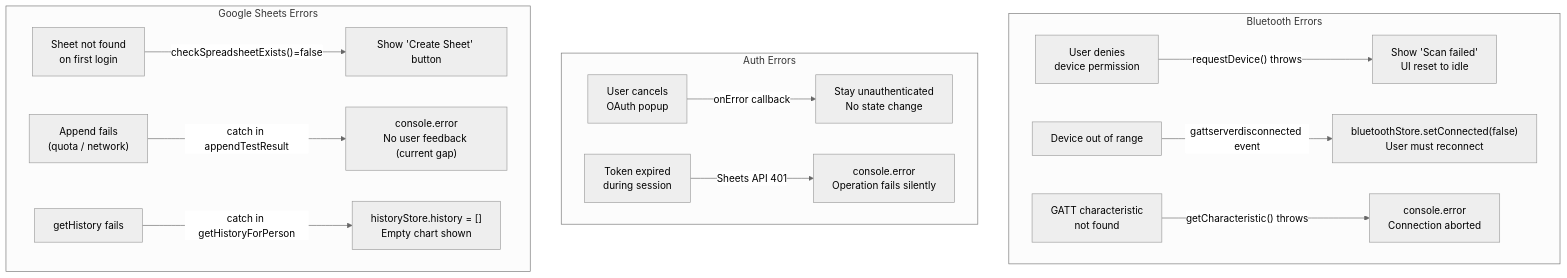
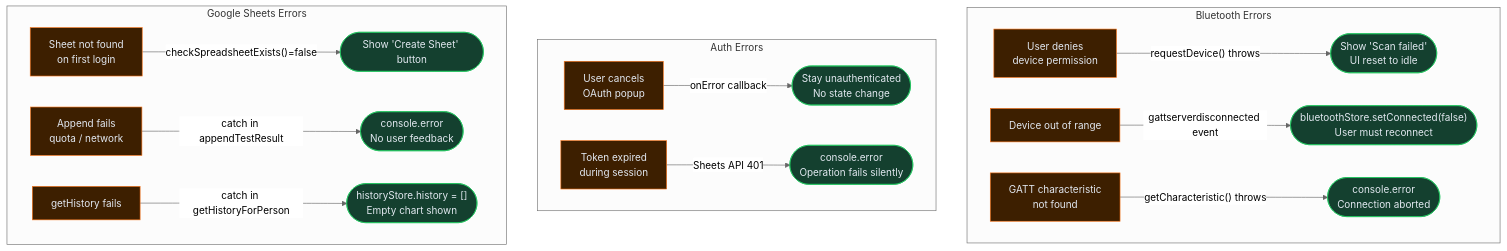
Before and after one commit to DerekLieww/Force-Recorder: diagram 17 of 23 in ARCHITECTURE.md, drawn with Mermaid (neutral theme). The commit also changed other lines of this file and 9 other files, not shown here.

````diff
--- a/ARCHITECTURE.md
+++ b/ARCHITECTURE.md
@@ -859,19 +965,25 @@
 ```mermaid
 flowchart TD
     subgraph BLE["Bluetooth Errors"]
-        B1["User denies<br/>device permission"] -->|"requestDevice() throws"| B1R["Show 'Scan failed'<br/>UI reset to idle"]
-        B2["Device out of range"] -->|"gattserverdisconnected event"| B2R["bluetoothStore.setConnected(false)<br/>User must reconnect"]
-        B3["GATT characteristic<br/>not found"] -->|"getCharacteristic() throws"| B3R["console.error<br/>Connection aborted"]
+        B1["User denies<br/>device permission"] -->|"requestDevice() throws"| B1R(["Show 'Scan failed'<br/>UI reset to idle"])
+        B2["Device out of range"] -->|"gattserverdisconnected event"| B2R(["bluetoothStore.setConnected(false)<br/>User must reconnect"])
+        B3["GATT characteristic<br/>not found"] -->|"getCharacteristic() throws"| B3R(["console.error<br/>Connection aborted"])
     end
 
     subgraph OAuth["Auth Errors"]
-        A1["User cancels<br/>OAuth popup"] -->|"onError callback"| A1R["Stay unauthenticated<br/>No state change"]
-        A2["Token expired<br/>during session"] -->|"Sheets API 401"| A2R["console.error<br/>Operation fails silently"]
+        A1["User cancels<br/>OAuth popup"] -->|"onError callback"| A1R(["Stay unauthenticated<br/>No state change"])
+        A2["Token expired<br/>during session"] -->|"Sheets API 401"| A2R(["console.error<br/>Operation fails silently"])
     end
 
     subgraph Sheets["Google Sheets Errors"]
-        S1["Sheet not found<br/>on first login"] -->|"checkSpreadsheetExists()=false"| S1R["Show 'Create Sheet' button"]
-        S2["Append fails<br/>(quota / network)"] -->|"catch in appendTestResult"| S2R["console.error<br/>No user feedback (current gap)"]
-        S3["getHistory fails"] -->|"catch in getHistoryForPerson"| S3R["historyStore.history = []<br/>Empty chart shown"]
+        S1["Sheet not found<br/>on first login"] -->|"checkSpreadsheetExists()=false"| S1R(["Show 'Create Sheet' button"])
+        S2["Append fails<br/>quota / network"] -->|"catch in appendTestResult"| S2R(["console.error<br/>No user feedback"])
+        S3["getHistory fails"] -->|"catch in getHistoryForPerson"| S3R(["historyStore.history = []<br/>Empty chart shown"])
     end
+
+    classDef error fill:#3d1f00,stroke:#f97316,color:#e2e8f0
+    classDef resolution fill:#14402f,stroke:#22c55e,color:#e2e8f0
+
+    class B1,B2,B3,A1,A2,S1,S2,S3 error
+    class B1R,B2R,B3R,A1R,A2R,S1R,S2R,S3R resolution
 ```
````
